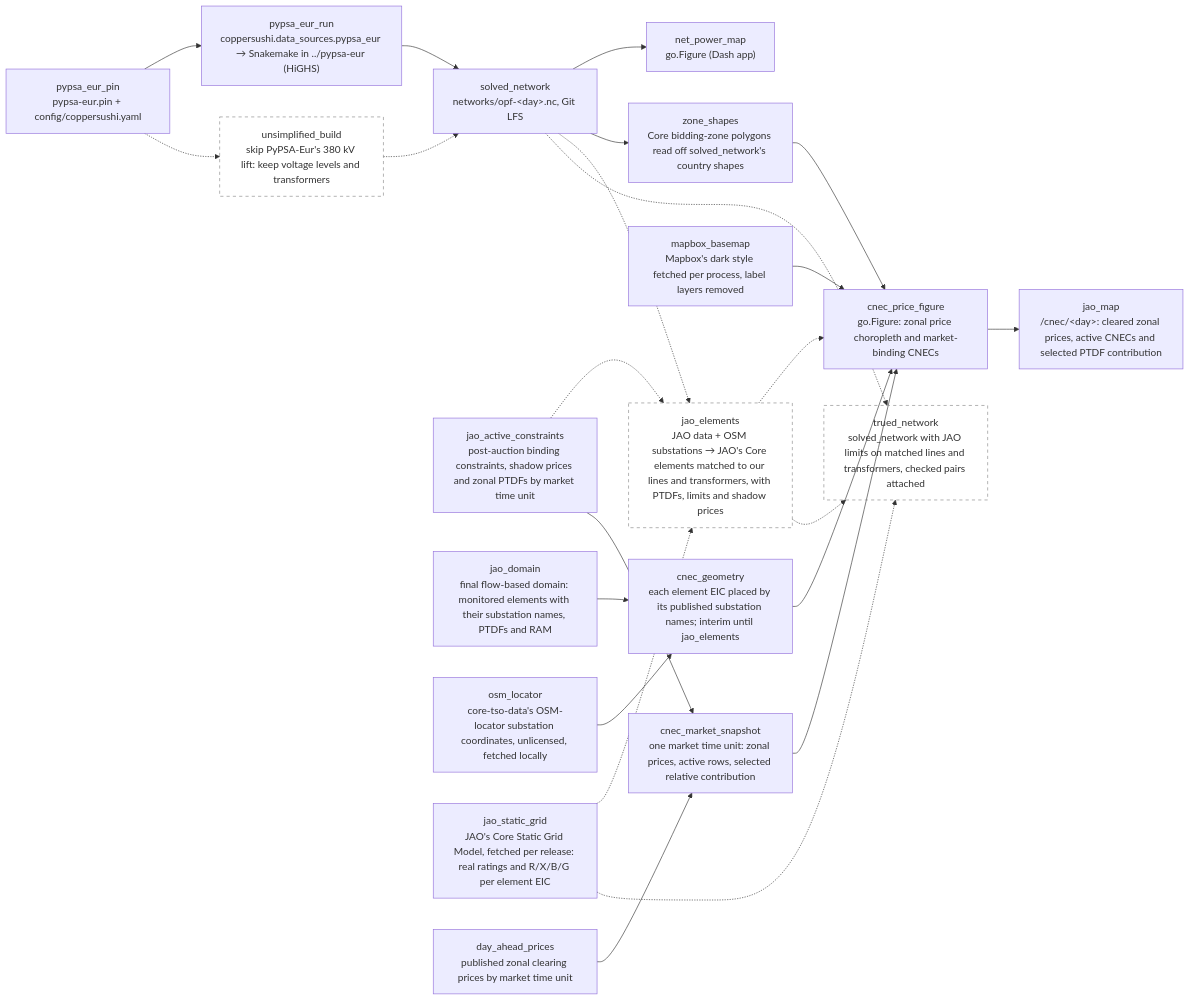
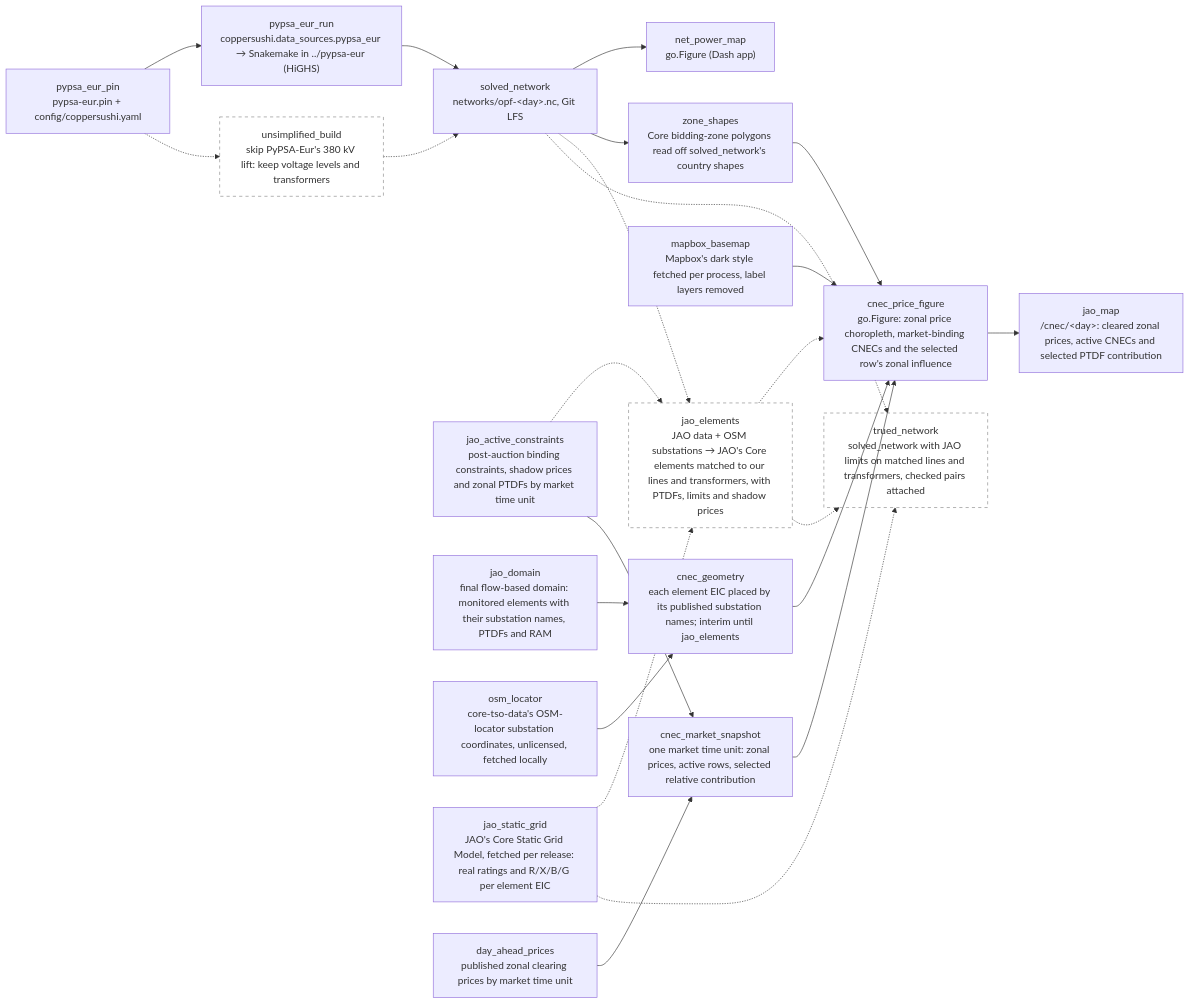
Before and after one commit to zoltanmaric/coppersushi: the diagram in wiki/sushi-2.md, drawn with Mermaid. The commit also changed 7 other files, not shown here.

First line of the commit message:
Overlay a selected CNEC's zonal influence (#85)

````diff
--- a/wiki/sushi-2.md
+++ b/wiki/sushi-2.md
@@ -17,49 +17,49 @@
 ```mermaid
 flowchart LR
     classDef planned stroke-dasharray: 5 5,stroke:#888,fill:none
 
     net_power_map["net_power_map<br/>go.Figure (Dash app)"]
 
     pypsa_eur_pin["pypsa_eur_pin<br/>pypsa-eur.pin + config/coppersushi.yaml"]
     pypsa_eur_run["pypsa_eur_run<br/>coppersushi.data_sources.pypsa_eur → Snakemake in ../pypsa-eur (HiGHS)"]
     solved_network["solved_network<br/>networks/opf-&lt;day&gt;.nc, Git LFS"]
     jao_active_constraints["jao_active_constraints<br/>post-auction binding constraints, shadow prices and zonal PTDFs by market time unit"]
     jao_domain["jao_domain<br/>final flow-based domain: monitored elements with their substation names, PTDFs and RAM"]
     osm_locator["osm_locator<br/>core-tso-data's OSM-locator substation coordinates, unlicensed, fetched locally"]
     cnec_geometry["cnec_geometry<br/>each element EIC placed by its published substation names; interim until jao_elements"]
     zone_shapes["zone_shapes<br/>Core bidding-zone polygons read off solved_network's country shapes"]
     mapbox_basemap["mapbox_basemap<br/>Mapbox's dark style fetched per process, label layers removed"]
 
     jao_static_grid["jao_static_grid<br/>JAO's Core Static Grid Model, fetched per release: real ratings and R/X/B/G per element EIC"]
 
     unsimplified["unsimplified_build<br/>skip PyPSA-Eur's 380 kV lift: keep voltage levels and transformers"]:::planned
     jao_elements["jao_elements<br/>JAO data + OSM substations → JAO's Core elements matched to our lines and transformers, with PTDFs, limits and shadow prices"]:::planned
     day_ahead_prices["day_ahead_prices<br/>published zonal clearing prices by market time unit"]
     cnec_market_snapshot["cnec_market_snapshot<br/>one market time unit: zonal prices, active rows, selected relative contribution"]
-    cnec_price_figure["cnec_price_figure<br/>go.Figure: zonal price choropleth and market-binding CNECs"]
+    cnec_price_figure["cnec_price_figure<br/>go.Figure: zonal price choropleth, market-binding CNECs and the selected row's zonal influence"]
     jao_map["jao_map<br/>/cnec/&lt;day&gt;: cleared zonal prices, active CNECs and selected PTDF contribution"]
     trued_network["trued_network<br/>solved_network with JAO limits on matched lines and transformers, checked pairs attached"]:::planned
 
     pypsa_eur_pin --> pypsa_eur_run
     pypsa_eur_pin -.-> unsimplified
     unsimplified -.-> solved_network
     pypsa_eur_run --> solved_network
     solved_network --> net_power_map
     solved_network --> zone_shapes
     zone_shapes --> cnec_price_figure
     jao_domain --> cnec_geometry
     osm_locator --> cnec_geometry
     cnec_geometry --> cnec_price_figure
     mapbox_basemap --> cnec_price_figure
     solved_network -.-> jao_elements
     jao_static_grid -.-> jao_elements
     jao_static_grid -.-> trued_network
     jao_active_constraints -.-> jao_elements
     jao_active_constraints --> cnec_market_snapshot
     day_ahead_prices --> cnec_market_snapshot
     jao_elements -.-> cnec_price_figure
     cnec_market_snapshot --> cnec_price_figure
     cnec_price_figure --> jao_map
     jao_elements -.-> trued_network
     solved_network -.-> trued_network
 ```
````
